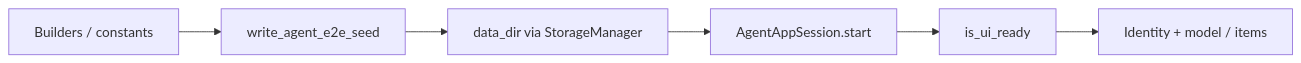
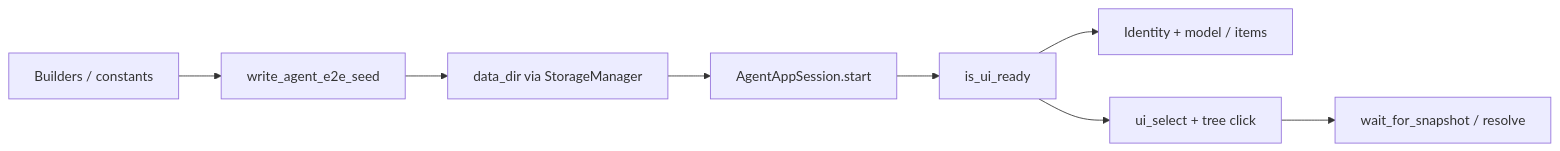
The diagram in doc/dev/agent_e2e_seed.md (koctep/pypost), drawn with Mermaid before and after one commit. The commit also changed other lines of this file and 9 other files, not shown here.

First line of the commit message:
test(agent-e2e): PYPOST-863 seed drive-then-snapshot and base_url resolve

````diff
--- a/doc/dev/agent_e2e_seed.md
+++ b/doc/dev/agent_e2e_seed.md
@@ -26,8 +27,10 @@
 ```mermaid
 flowchart LR
   Build[Builders / constants] --> Write[write_agent_e2e_seed]
   Write --> Disk[data_dir via StorageManager]
   Disk --> Start[AgentAppSession.start]
   Start --> Ready[is_ui_ready]
   Ready --> Proof[Identity + model / items]
+  Ready --> Drive[ui_select + tree click]
+  Drive --> Snap[wait_for_snapshot / resolve]
 ```
````
